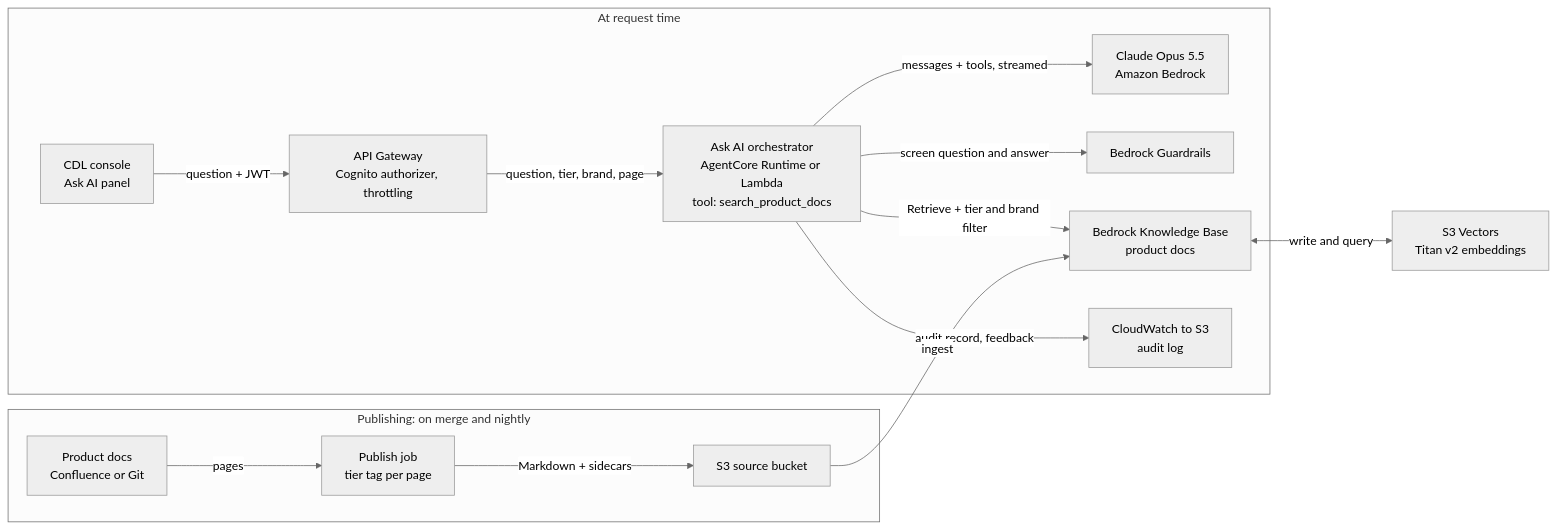
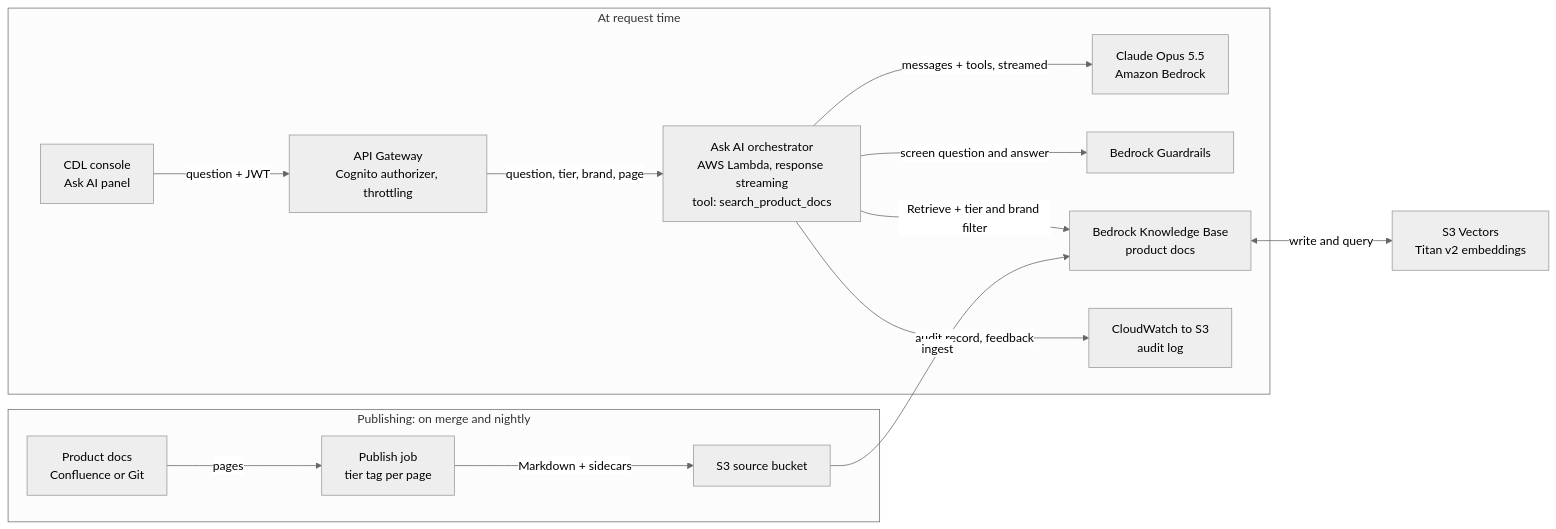
The first of 4 diagrams in docs/ASK_AI_PLAN.md (rutvik-madtech/newscorp-ask-ai), drawn with Mermaid (neutral theme) before and after one commit. The commit also changed other lines of this file and 1 other file, not shown here.

First line of the commit message:
Ask AI: make AWS Lambda the phase 1 host

````diff
--- a/docs/ASK_AI_PLAN.md
+++ b/docs/ASK_AI_PLAN.md
@@ -148,17 +148,17 @@
 ```mermaid
 flowchart LR
   subgraph REQ["At request time"]
     UI["CDL console<br/>Ask AI panel"] -->|question + JWT| GW["API Gateway<br/>Cognito authorizer, throttling"]
-    GW -->|question, tier, brand, page| ORCH["Ask AI orchestrator<br/>AgentCore Runtime or Lambda<br/>tool: search_product_docs"]
+    GW -->|question, tier, brand, page| ORCH["Ask AI orchestrator<br/>AWS Lambda, response streaming<br/>tool: search_product_docs"]
     ORCH -->|messages + tools, streamed| CLAUDE["Claude Opus 5.5<br/>Amazon Bedrock"]
     ORCH -->|screen question and answer| GR["Bedrock Guardrails"]
     ORCH -->|Retrieve + tier and brand filter| KB["Bedrock Knowledge Base<br/>product docs"]
     ORCH -->|audit record, feedback| LOG["CloudWatch to S3<br/>audit log"]
   end
   KB <-->|write and query| VEC["S3 Vectors<br/>Titan v2 embeddings"]
   subgraph PUB["Publishing: on merge and nightly"]
     DOCS["Product docs<br/>Confluence or Git"] -->|pages| JOB["Publish job<br/>tier tag per page"]
     JOB -->|Markdown + sidecars| SRC["S3 source bucket"]
   end
   SRC -->|ingest| KB
 ```
````
